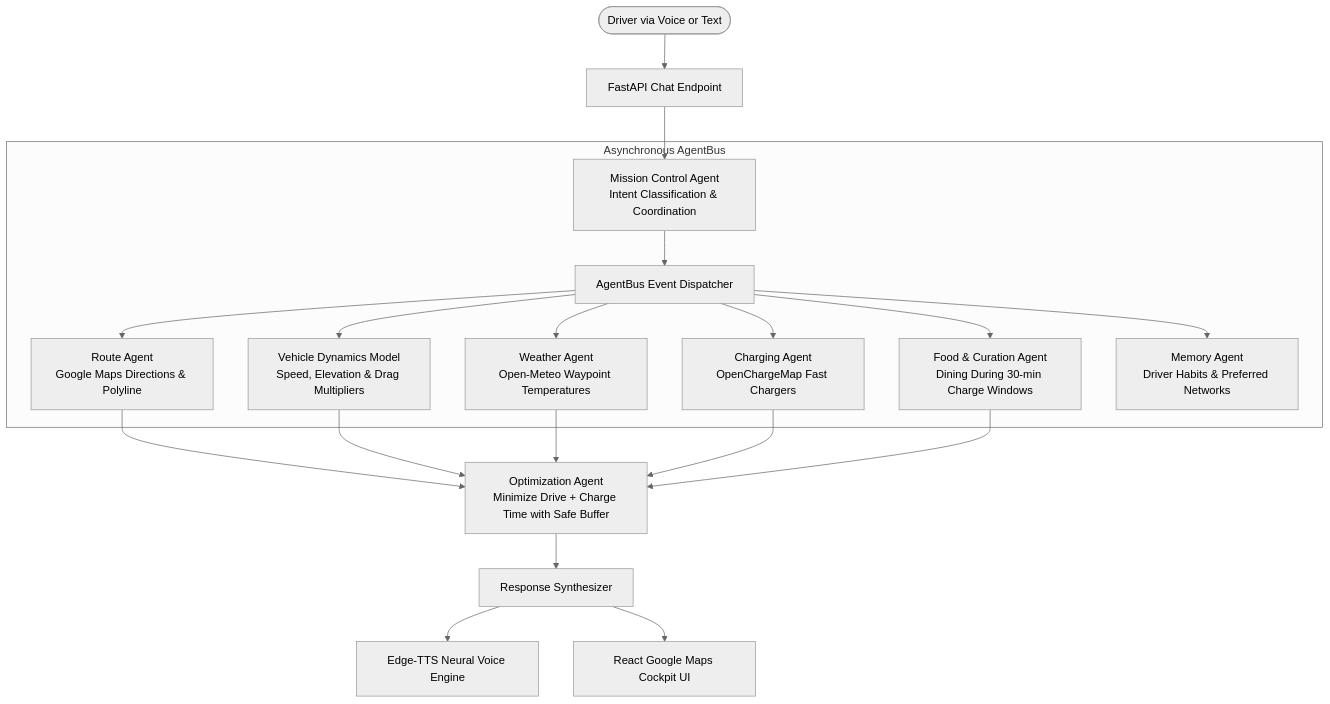
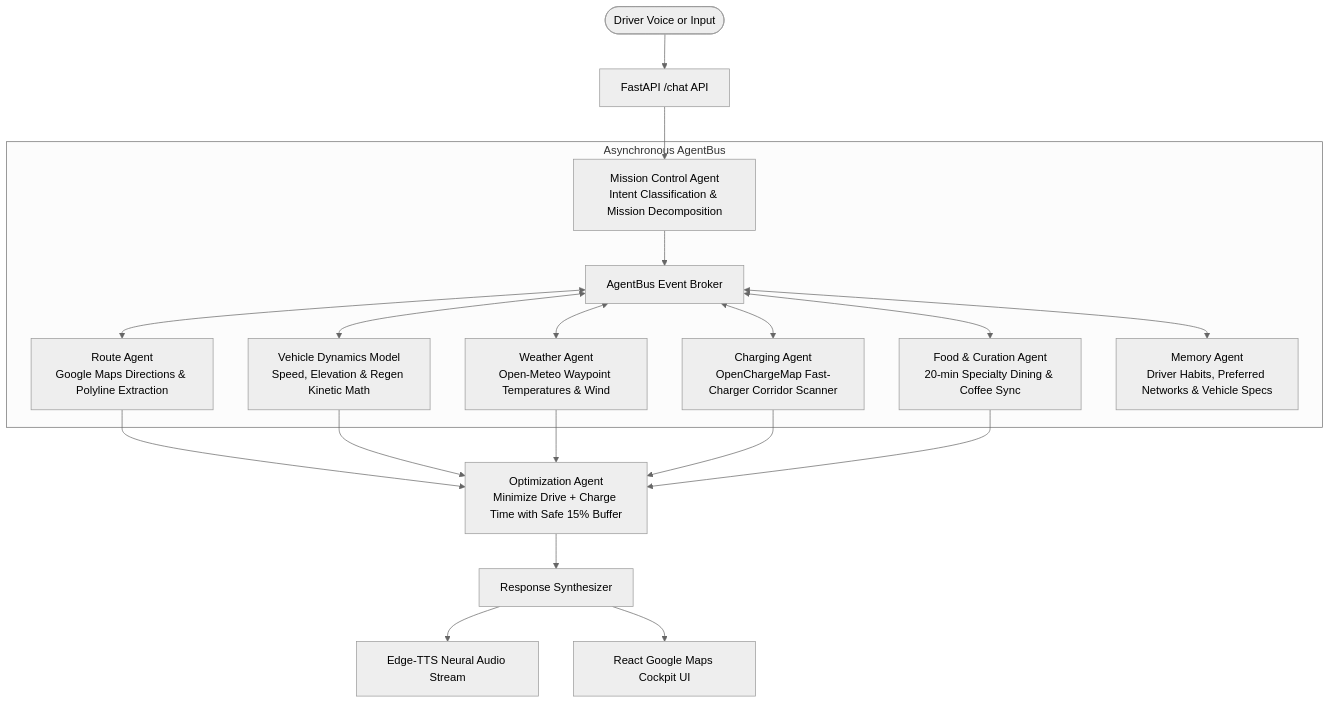
The diagram in README.md (itsgoksz/electric-vehicle-brain), drawn with Mermaid (neutral theme) before and after one commit. The commit also changed other lines of this file and 1 other file, not shown here.

````diff
--- a/README.md
+++ b/README.md
@@ -29,29 +57,29 @@
 ```mermaid
 flowchart TD
-    User([Driver via Voice or Text]) --> Chat[FastAPI Chat Endpoint]
-    Chat --> MC[Mission Control Agent
-Intent Classification & Coordination]
+    Driver([Driver Voice or Input]) --> ChatAPI[FastAPI /chat API]
+    ChatAPI --> MC[Mission Control Agent
+Intent Classification & Mission Decomposition]
     
     subgraph AgentBusSystem [Asynchronous AgentBus]
-        MC --> Bus[AgentBus Event Dispatcher]
+        MC --> Bus[AgentBus Event Broker]
         
-        Bus --> Route[Route Agent
-Google Maps Directions & Polyline]
-        Bus --> Dynamics[Vehicle Dynamics Model
-Speed, Elevation & Drag Multipliers]
-        Bus --> Weather[Weather Agent
-Open-Meteo Waypoint Temperatures]
-        Bus --> Charging[Charging Agent
-OpenChargeMap Fast Chargers]
-        Bus --> Food[Food & Curation Agent
-Dining During 30-min Charge Windows]
-        Bus --> Memory[Memory Agent
-Driver Habits & Preferred Networks]
+        Bus <--> Route[Route Agent
+Google Maps Directions & Polyline Extraction]
+        Bus <--> Dynamics[Vehicle Dynamics Model
+Speed, Elevation & Regen Kinetic Math]
+        Bus <--> Weather[Weather Agent
+Open-Meteo Waypoint Temperatures & Wind]
+        Bus <--> Charging[Charging Agent
+OpenChargeMap Fast-Charger Corridor Scanner]
+        Bus <--> Food[Food & Curation Agent
+20-min Specialty Dining & Coffee Sync]
+        Bus <--> Memory[Memory Agent
+Driver Habits, Preferred Networks & Vehicle Specs]
     end
 
     Route & Dynamics & Weather & Charging & Food --> Opt[Optimization Agent
-Minimize Drive + Charge Time with Safe Buffer]
+Minimize Drive + Charge Time with Safe 15% Buffer]
     Opt --> Synth[Response Synthesizer]
-    Synth --> Audio[Edge-TTS Neural Voice Engine]
-    Synth --> Frontend[React Google Maps Cockpit UI]
+    Synth --> Audio[Edge-TTS Neural Audio Stream]
+    Synth --> Cockpit[React Google Maps Cockpit UI]
 ```
````
